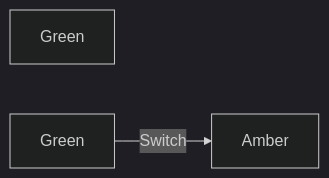
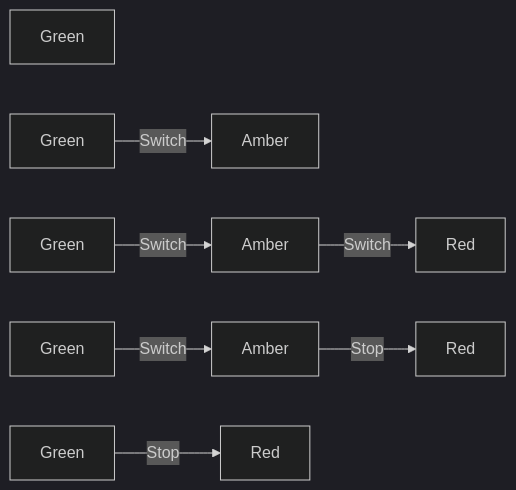
One commit to adsanderson/gatsby-starter-netlify-cms changed the diagram in src/pages/blog/2019-04-03-getting-ready.md. Above: the diagram before and after it, drawn with Mermaid (dark theme).

Commit message:
Update Blog “2019-04-03-getting-ready”

````diff
--- a/src/pages/blog/2019-04-03-getting-ready.md
+++ b/src/pages/blog/2019-04-03-getting-ready.md
@@ -23,5 +23,15 @@
 ```mermaid
 graph LR
 G1[Green]
+
 G2[Green] -->|Switch|A2[Amber]
+
+G4[Green] -->|Switch|A4[Amber]
+A4 -->|Switch|R4[Red]
+
+G3[Green] -->|Switch|A3[Amber]
+A3 -->|Stop|R3[Red]
+
+G5[Green] -->|Stop|R5[Red]
+
 ```
````
